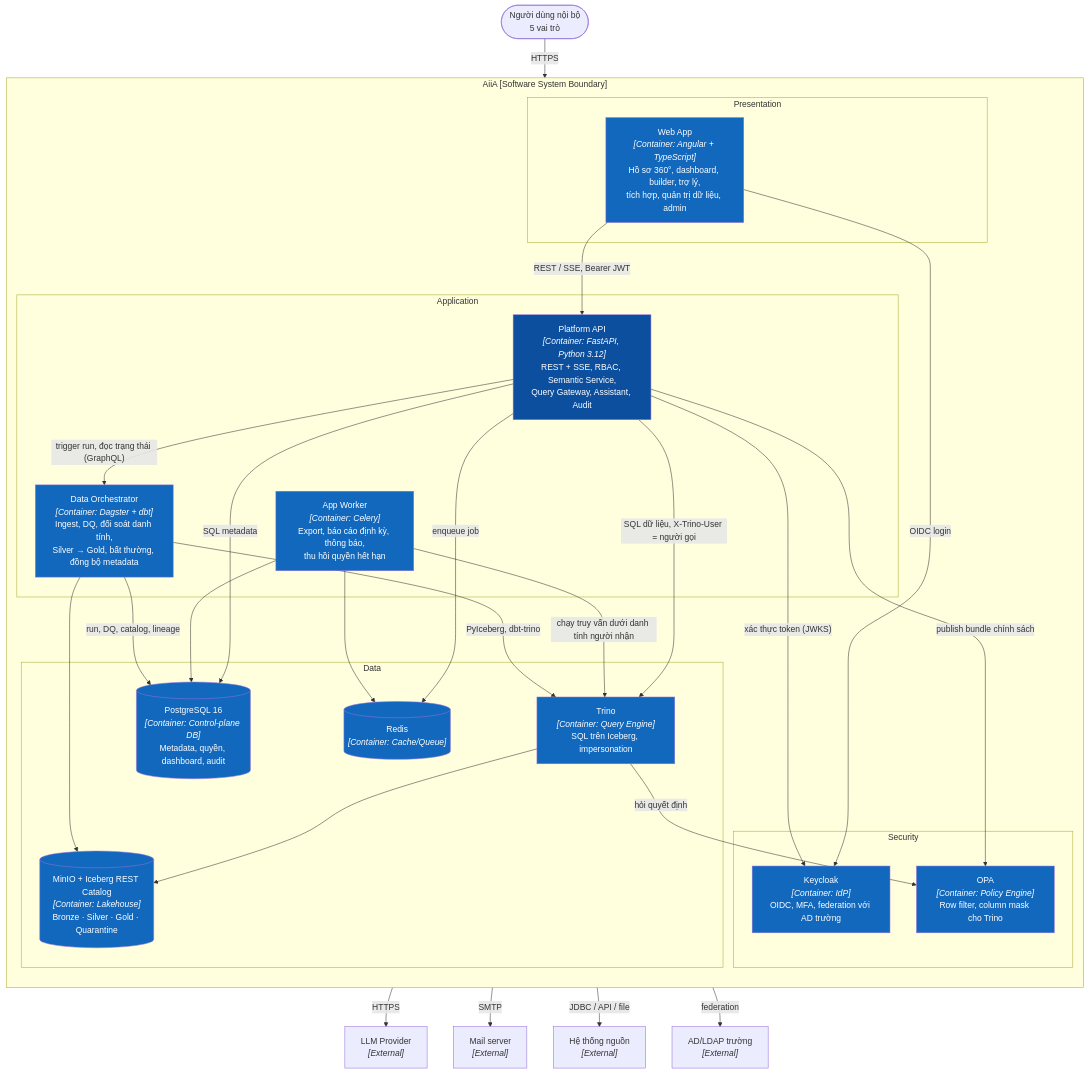
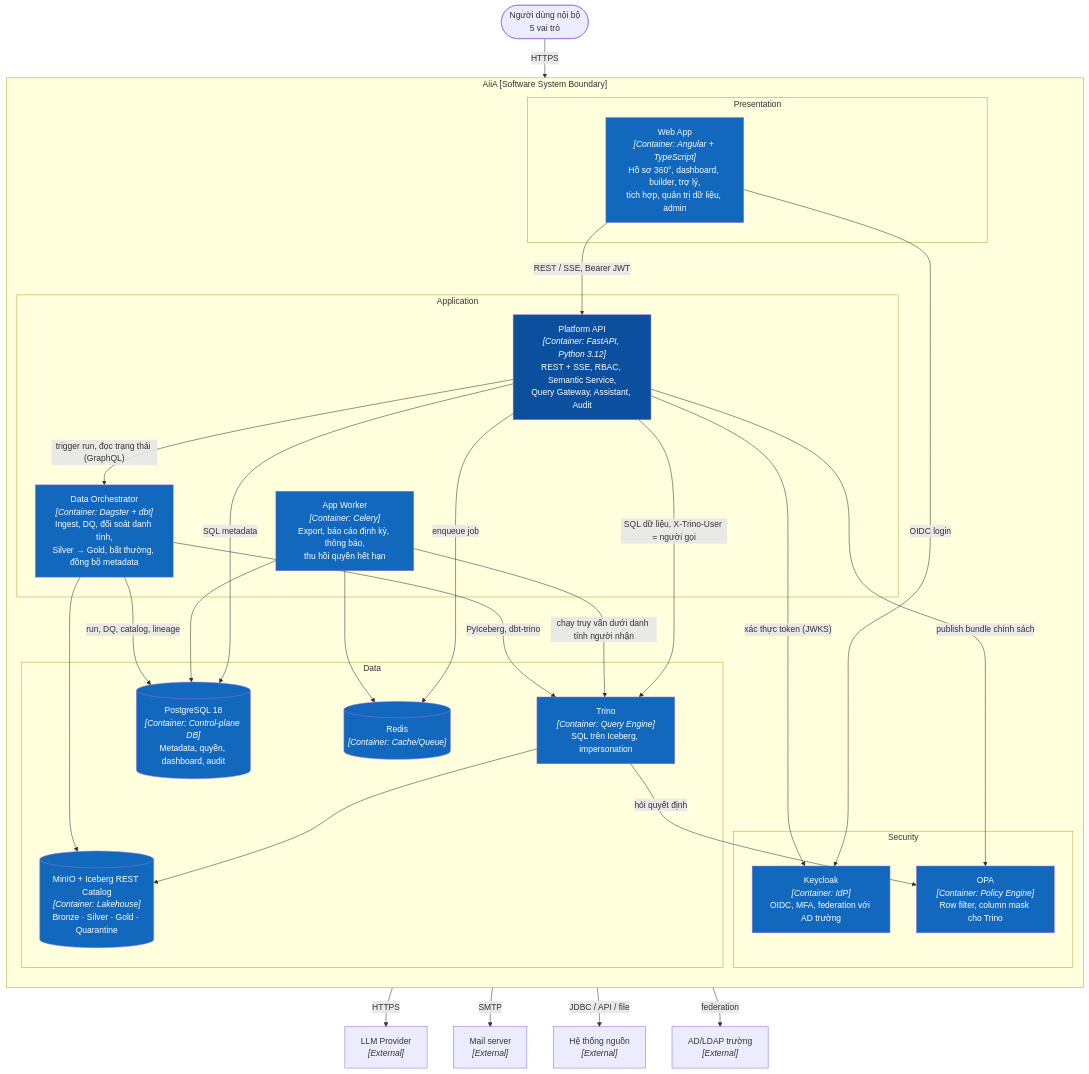
One commit to tungld9999blacksmith/PMDC-BATCH4-TUNGLD-AiiA changed diagram 11 of 23 in README.md. Above: the diagram before and after it, drawn with Mermaid. The commit also changed other lines of this file, not shown here.

Commit message:
docs(readme): liên kết bộ tài liệu docs/ và cập nhật PostgreSQL 18

````diff
--- a/README.md
+++ b/README.md
@@ -1299,64 +1299,64 @@
 ```mermaid
 flowchart TB
     users(["Người dùng nội bộ<br/>5 vai trò"])
 
     subgraph platform["AiiA [Software System Boundary]"]
         direction TB
         subgraph presentation["Presentation"]
             web["Web App<br/><i>[Container: Angular + TypeScript]</i><br/>Hồ sơ 360°, dashboard, builder, trợ lý,<br/>tích hợp, quản trị dữ liệu, admin"]
         end
         subgraph application["Application"]
             api["Platform API<br/><i>[Container: FastAPI, Python 3.12]</i><br/>REST + SSE, RBAC, Semantic Service,<br/>Query Gateway, Assistant, Audit"]
             worker["App Worker<br/><i>[Container: Celery]</i><br/>Export, báo cáo định kỳ, thông báo,<br/>thu hồi quyền hết hạn"]
             orch["Data Orchestrator<br/><i>[Container: Dagster + dbt]</i><br/>Ingest, DQ, đối soát danh tính,<br/>Silver → Gold, bất thường, đồng bộ metadata"]
         end
         subgraph security["Security"]
             kc["Keycloak<br/><i>[Container: IdP]</i><br/>OIDC, MFA, federation với AD trường"]
             opa["OPA<br/><i>[Container: Policy Engine]</i><br/>Row filter, column mask cho Trino"]
         end
         subgraph data["Data"]
             trino["Trino<br/><i>[Container: Query Engine]</i><br/>SQL trên Iceberg, impersonation"]
             lake[("MinIO + Iceberg REST Catalog<br/><i>[Container: Lakehouse]</i><br/>Bronze · Silver · Gold · Quarantine")]
-            pg[("PostgreSQL 16<br/><i>[Container: Control-plane DB]</i><br/>Metadata, quyền, dashboard, audit")]
+            pg[("PostgreSQL 18<br/><i>[Container: Control-plane DB]</i><br/>Metadata, quyền, dashboard, audit")]
             redis[("Redis<br/><i>[Container: Cache/Queue]</i>")]
         end
     end
 
     idp["AD/LDAP trường<br/><i>[External]</i>"]
     src["Hệ thống nguồn<br/><i>[External]</i>"]
     llm["LLM Provider<br/><i>[External]</i>"]
     mail["Mail server<br/><i>[External]</i>"]
 
     users -- "HTTPS" --> web
     web -- "OIDC login" --> kc
     web -- "REST / SSE, Bearer JWT" --> api
     api -- "xác thực token (JWKS)" --> kc
     api -- "SQL metadata" --> pg
     api -- "SQL dữ liệu, X-Trino-User = người gọi" --> trino
     api -- "publish bundle chính sách" --> opa
     api -- "enqueue job" --> redis
     api -- "trigger run, đọc trạng thái (GraphQL)" --> orch
     api -- "HTTPS" --> llm
     trino -- "hỏi quyết định" --> opa
     trino --> lake
     worker --> redis
     worker --> pg
     worker -- "chạy truy vấn dưới danh tính người nhận" --> trino
     worker -- "SMTP" --> mail
     orch -- "JDBC / API / file" --> src
     orch -- "PyIceberg, dbt-trino" --> trino
     orch --> lake
     orch -- "run, DQ, catalog, lineage" --> pg
     kc -- "federation" --> idp
 
     style web fill:#1168bd,color:#fff
     style api fill:#0b4f9e,color:#fff
     style worker fill:#1168bd,color:#fff
     style orch fill:#1168bd,color:#fff
     style kc fill:#1168bd,color:#fff
     style opa fill:#1168bd,color:#fff
     style trino fill:#1168bd,color:#fff
     style lake fill:#1168bd,color:#fff
     style pg fill:#1168bd,color:#fff
     style redis fill:#1168bd,color:#fff
 ```
````
